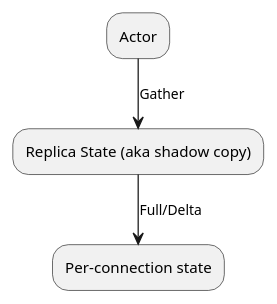
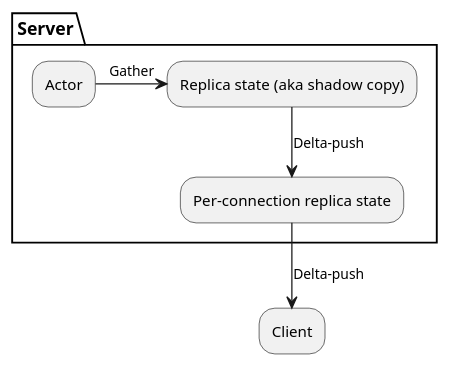
Before and after one commit to slonopotamus/replication: the second of 2 diagrams in presentation.adoc, drawn with PlantUML. The commit also changed other lines of this file, not shown here.

```diff
--- a/presentation.adoc
+++ b/presentation.adoc
@@ -59,9 +56,12 @@
 [plantuml]
 ----
 @startuml
 
-Actor --> [Gather] "Replica State (aka shadow copy)" <<ReplicaState>>
-<<ReplicaState>> --> [Full/Delta] Per-connection state
+partition Server {
+    Actor -> [Gather] "Replica state (aka shadow copy)" <<ReplicaState>>
+    <<ReplicaState>> --> [Delta-push] Per-connection replica state <<PerConnection>>
+}
+<<PerConnection>> --> [Delta-push] Client
 
 @enduml
 ----
```
